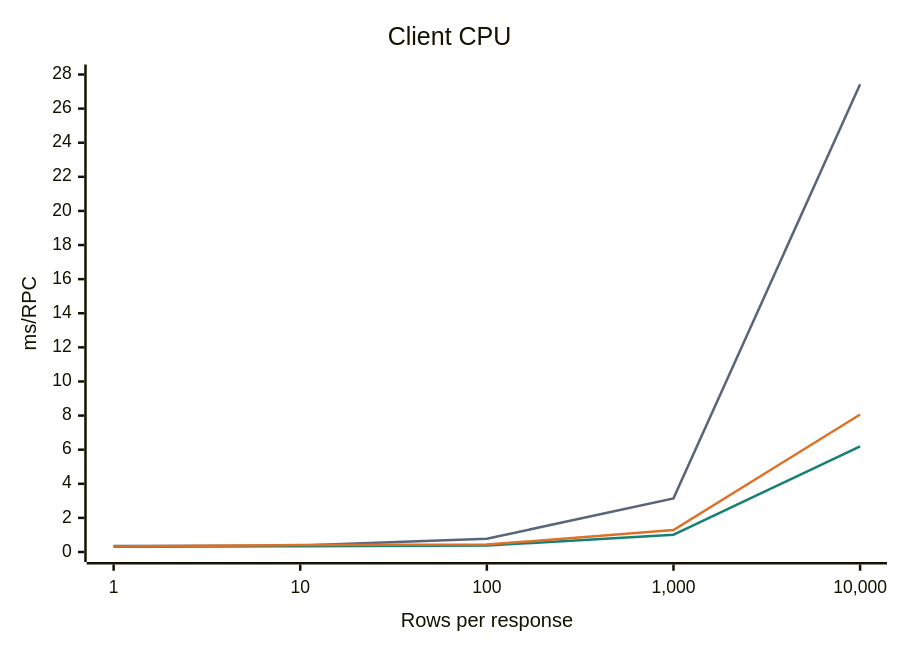
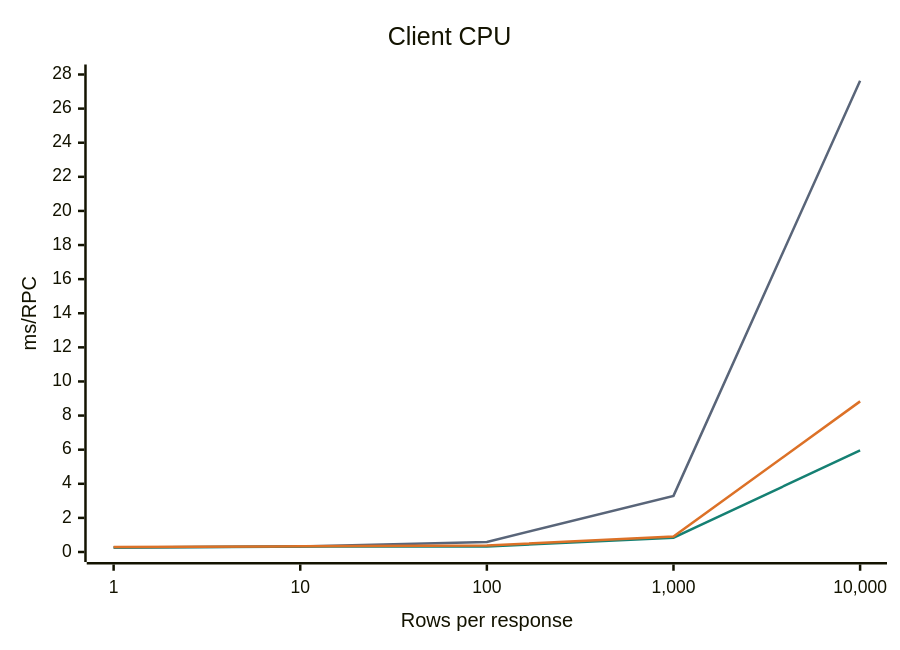
The first of 3 diagrams in QUERY.md (ydb-platform/ydb-go-sdk), drawn with Mermaid before and after one commit. The commit also changed other lines of this file and 1 other file, not shown here.

Commit message:
ci(query): validate Arrow with Go 1.27 and refresh benchmarks

````diff
--- a/QUERY.md
+++ b/QUERY.md
@@ -226,15 +226,15 @@
 ```mermaid
 ---
 config:
   themeVariables:
     xyChart:
       plotColorPalette: "#596579, #158073, #dc7127"
 ---
 xychart-beta
     title "Client CPU"
     x-axis "Rows per response" ["1", "10", "100", "1,000", "10,000"]
     y-axis "ms/RPC" 0 --> 28
-    line "Value" [0.347, 0.374, 0.775, 3.144, 27.422]
-    line "QueryArrow" [0.306, 0.336, 0.380, 1.012, 6.200]
-    line "WithArrow" [0.327, 0.410, 0.435, 1.286, 8.062]
+    line "Value" [0.271, 0.327, 0.591, 3.293, 27.634]
+    line "QueryArrow" [0.265, 0.316, 0.321, 0.839, 5.954]
+    line "WithArrow" [0.290, 0.331, 0.378, 0.908, 8.833]
 ```
````
